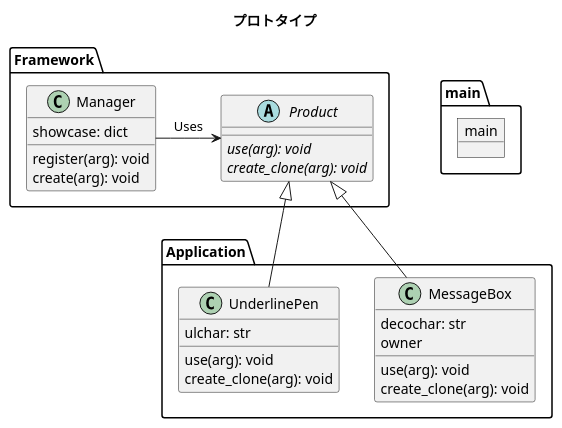
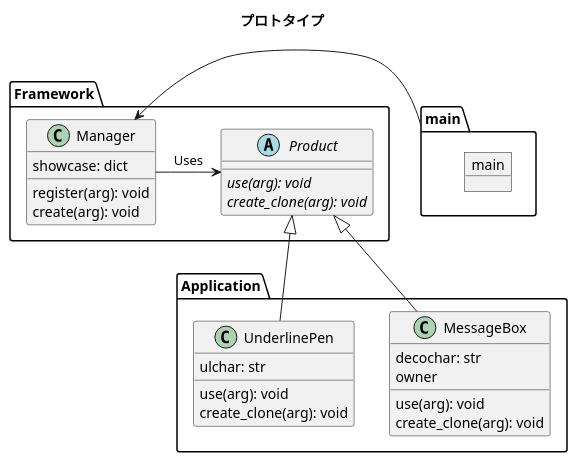
One commit to tanapiyo/design_pattern_with_python changed the diagram in 06_prototype/prototype.pu. Above: the diagram before and after it, drawn with PlantUML. The commit also changed 1 other file, not shown here.

```diff
--- a/06_prototype/prototype.pu
+++ b/06_prototype/prototype.pu
@@ -1,46 +1,47 @@
 @startuml
 
 title プロトタイプ
 
 package main {
     object main {
     }
 }
 
 package Framework {
     class Manager {
         showcase: dict
         register(arg): void
         create(arg): void
     }
 
     abstract class Product {
         {abstract} use(arg): void
         {abstract} create_clone(arg): void
     }
 
     Manager -right-> Product : Uses
 }
 
 package Application {
   class UnderlinePen {
       ulchar: str
       use(arg): void
       create_clone(arg): void
   }
 
   class MessageBox {
       decochar: str
       owner
       use(arg): void
       create_clone(arg): void
   }
 }
   ' UnderlinePen --|> Product
   Product <|-- UnderlinePen
   Product <|-- MessageBox
   ' MessageBox --|> Product
 
+main -left-> Manager
 
 
 @enduml
```
